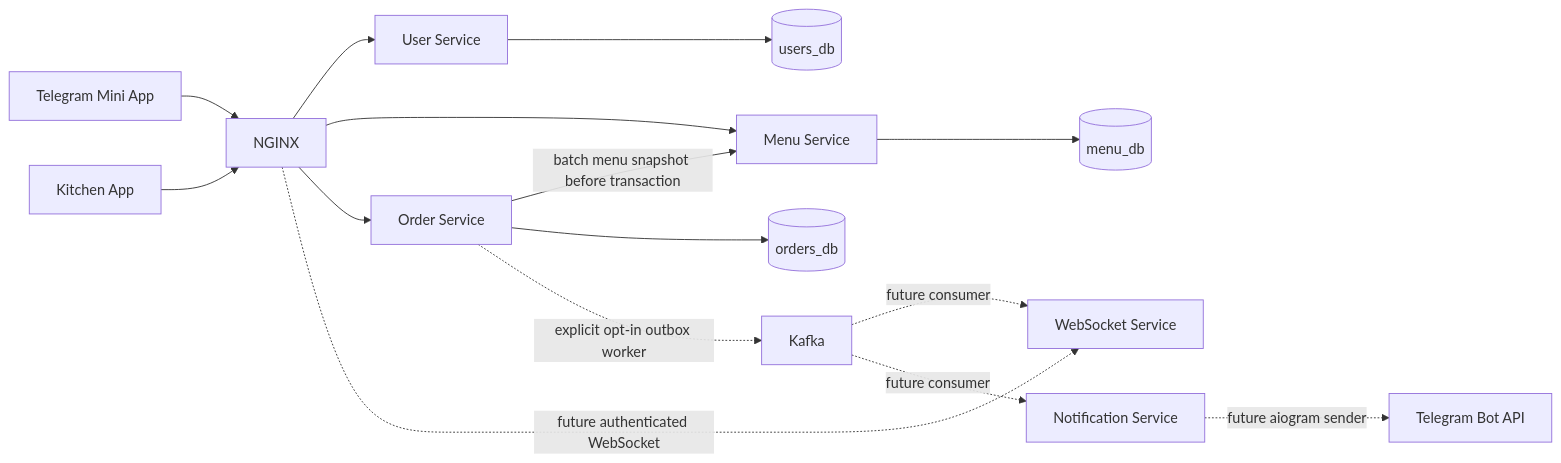
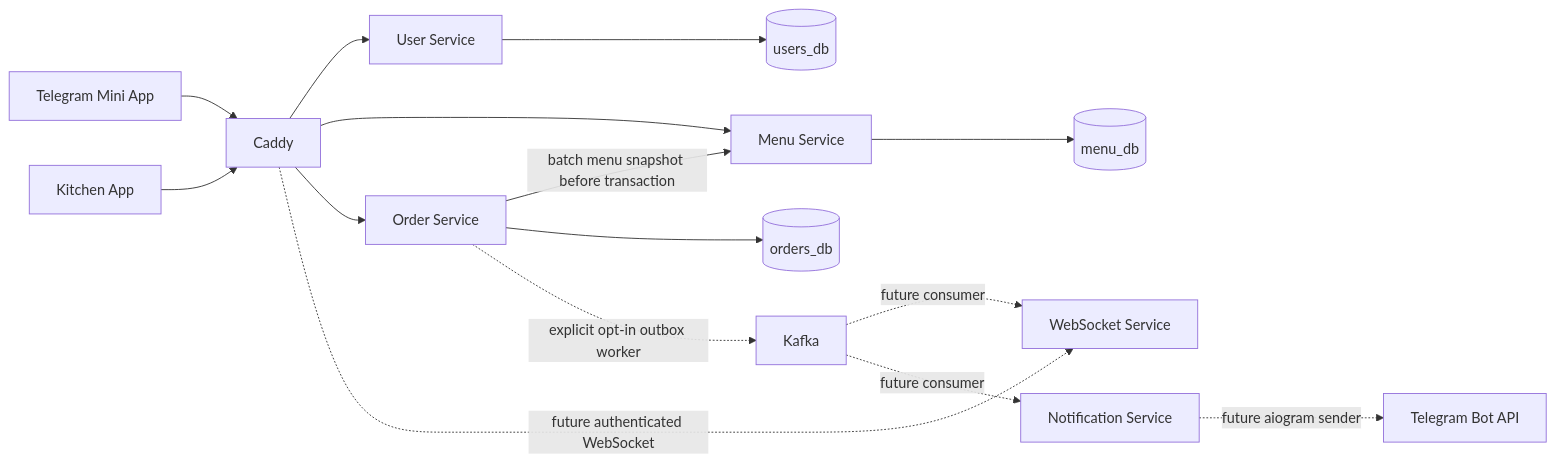
One commit to KirillBelianskiy/mai-stolovka changed the diagram in docs/architecture/overview.md. Above: the diagram before and after it, drawn with Mermaid. The commit also changed other lines of this file and 23 other files, not shown here.

````diff
--- a/docs/architecture/overview.md
+++ b/docs/architecture/overview.md
@@ -24,17 +24,17 @@
 ```mermaid
 flowchart LR
-  Customer[Telegram Mini App] --> Proxy[NGINX]
+  Customer[Telegram Mini App] --> Proxy[Caddy]
   Staff[Kitchen App] --> Proxy
   Proxy --> User[User Service]
   Proxy --> Menu[Menu Service]
   Proxy --> Order[Order Service]
   Proxy -. future authenticated WebSocket .-> WS[WebSocket Service]
   User --> UsersDB[(users_db)]
   Menu --> MenuDB[(menu_db)]
   Order -->|batch menu snapshot before transaction| Menu
   Order --> OrdersDB[(orders_db)]
   Order -. explicit opt-in outbox worker .-> Kafka[Kafka]
   Kafka -. future consumer .-> WS
   Kafka -. future consumer .-> Notification[Notification Service]
   Notification -. future aiogram sender .-> Telegram[Telegram Bot API]
 ```
````
